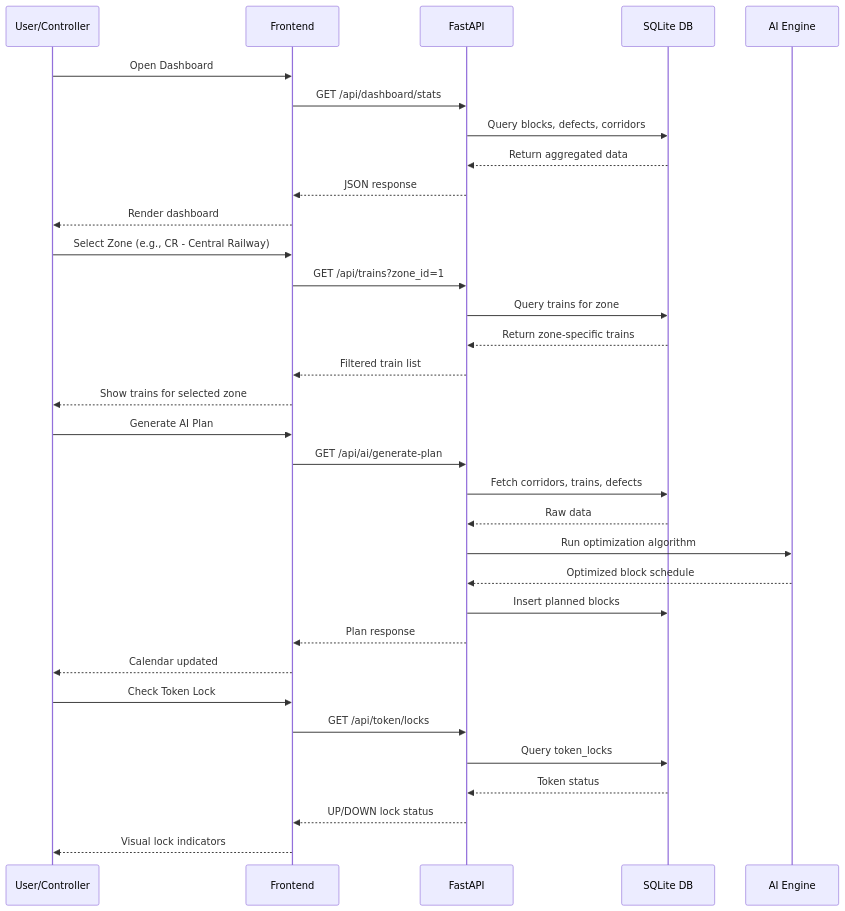
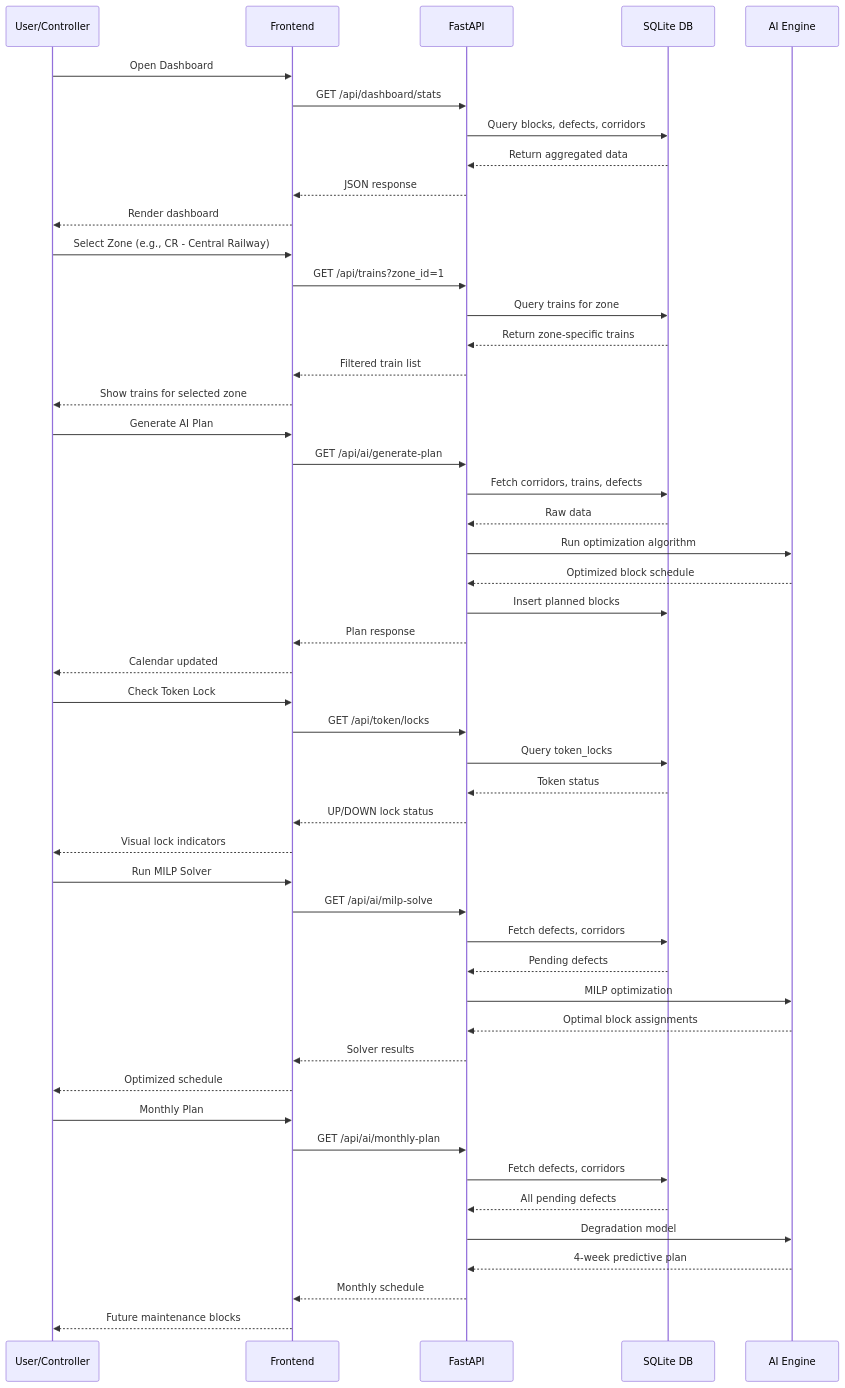
One commit to Youngmaster0304/nirvaan changed the third of 3 diagrams in README.md. Above: the diagram before and after it, drawn with Mermaid. The commit also changed other lines of this file, not shown here.

Commit message:
docs: update README with AI algorithms, monthly planner, network graph, MILP solver

````diff
--- a/README.md
+++ b/README.md
@@ -207,39 +288,57 @@
 ```mermaid
 sequenceDiagram
     participant U as User/Controller
     participant F as Frontend
     participant A as FastAPI
     participant D as SQLite DB
     participant AI as AI Engine
 
     U->>F: Open Dashboard
     F->>A: GET /api/dashboard/stats
     A->>D: Query blocks, defects, corridors
     D-->>A: Return aggregated data
     A-->>F: JSON response
     F-->>U: Render dashboard
 
     U->>F: Select Zone (e.g., CR - Central Railway)
     F->>A: GET /api/trains?zone_id=1
     A->>D: Query trains for zone
     D-->>A: Return zone-specific trains
     A-->>F: Filtered train list
     F-->>U: Show trains for selected zone
 
     U->>F: Generate AI Plan
     F->>A: GET /api/ai/generate-plan
     A->>D: Fetch corridors, trains, defects
     D-->>A: Raw data
     A->>AI: Run optimization algorithm
     AI-->>A: Optimized block schedule
     A->>D: Insert planned blocks
     A-->>F: Plan response
     F-->>U: Calendar updated
 
     U->>F: Check Token Lock
     F->>A: GET /api/token/locks
     A->>D: Query token_locks
     D-->>A: Token status
     A-->>F: UP/DOWN lock status
     F-->>U: Visual lock indicators
+
+    U->>F: Run MILP Solver
+    F->>A: GET /api/ai/milp-solve
+    A->>D: Fetch defects, corridors
+    D-->>A: Pending defects
+    A->>AI: MILP optimization
+    AI-->>A: Optimal block assignments
+    A-->>F: Solver results
+    F-->>U: Optimized schedule
+
+    U->>F: Monthly Plan
+    F->>A: GET /api/ai/monthly-plan
+    A->>D: Fetch defects, corridors
+    D-->>A: All pending defects
+    A->>AI: Degradation model
+    AI-->>A: 4-week predictive plan
+    A-->>F: Monthly schedule
+    F-->>U: Future maintenance blocks
 ```
````
